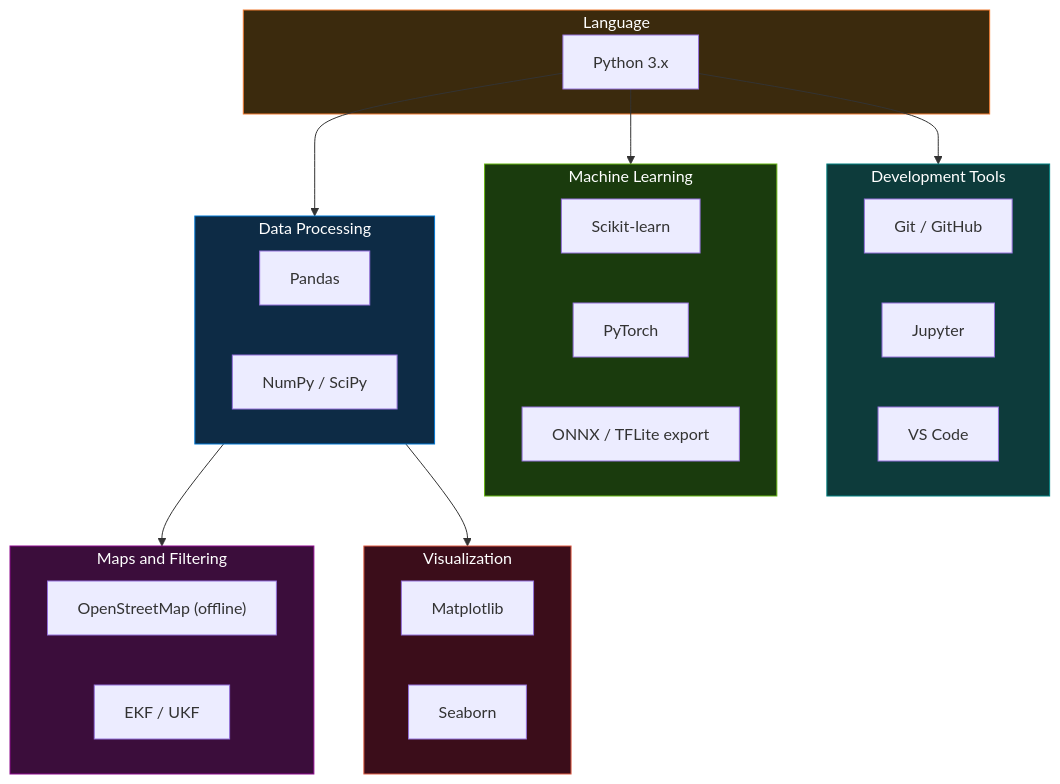
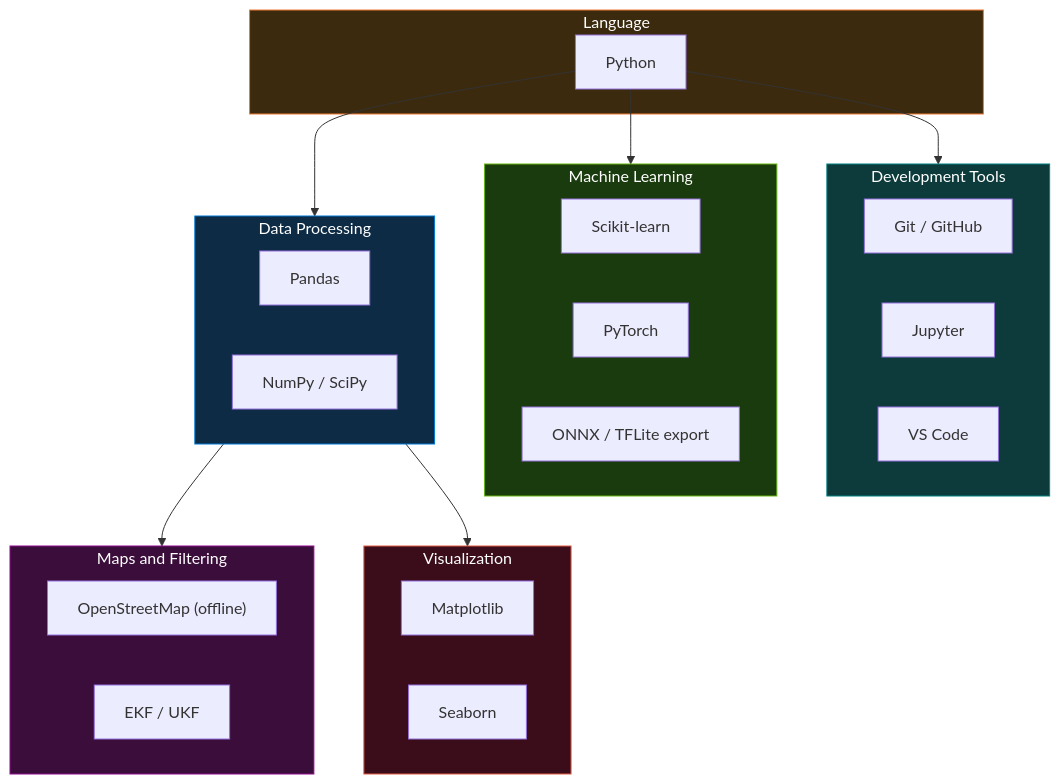
Before and after one commit to Team-TechGen-NITC/IMU-Dead-Reckoning: the sixth of 8 diagrams in README.md, drawn with Mermaid. The commit also changed other lines of this file, not shown here.

````diff
--- a/README.md
+++ b/README.md
@@ -219,40 +208,41 @@
 ```mermaid
 flowchart TB
     subgraph LANG["Language"]
-        PY["Python 3.x"]
+        PY["Python"]
     end
     subgraph DEV["Development Tools"]
         G["Git / GitHub"]
         J["Jupyter"]
         V["VS Code"]
     end
     subgraph ML["Machine Learning"]
         SK["Scikit-learn"]
         PT["PyTorch"]
         EX["ONNX / TFLite export"]
     end
     subgraph DATA["Data Processing"]
         PD["Pandas"]
         NP["NumPy / SciPy"]
     end
     subgraph MAP["Maps and Filtering"]
         OSM["OpenStreetMap (offline)"]
         KF["EKF / UKF"]
     end
     subgraph VIZ["Visualization"]
         MP["Matplotlib"]
         SB["Seaborn"]
     end
     PY --> DEV
     PY --> ML
     PY --> DATA
     DATA --> MAP
     DATA --> VIZ
 
     style LANG fill:#3b2a0d,stroke:#f07a30,color:#fff
     style DEV fill:#0d3b3b,stroke:#008080,color:#fff
     style ML fill:#1a3b0d,stroke:#66b512,color:#fff
     style DATA fill:#0d2b45,stroke:#0078d4,color:#fff
     style MAP fill:#3b0d3b,stroke:#8e0a8e,color:#fff
     style VIZ fill:#3b0d1a,stroke:#e05d44,color:#fff
+
 ```
````
